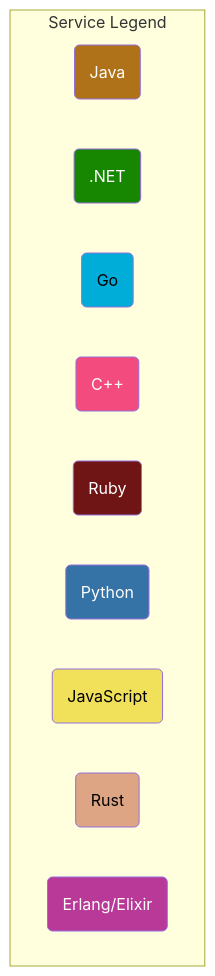
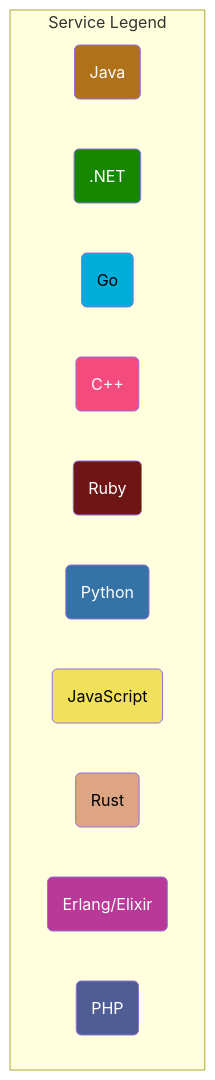
One commit to village-chat/opentelemetry-demo-bench changed the second of 2 diagrams in README.md. Above: the diagram before and after it, drawn with Mermaid. The commit also changed other lines of this file and 54 other files, not shown here.

````diff
--- a/README.md
+++ b/README.md
@@ -91,25 +92,26 @@
 ```mermaid
 graph TD
 subgraph Service Legend
   javasvc(Java):::java
   dotnetsvc(.NET):::dotnet
   golangsvc(Go):::golang
   cppsvc(C++):::cpp
   rubysvc(Ruby):::ruby
   pythonsvc(Python):::python
   javascriptsvc(JavaScript):::javascript
   rustsvc(Rust):::rust
   erlangsvc(Erlang/Elixir):::erlang
+  phpsvc(PHP):::php
 end
 
 classDef java fill:#b07219,color:white;
 classDef dotnet fill:#178600,color:white;
 classDef golang fill:#00add8,color:black;
 classDef cpp fill:#f34b7d,color:white;
 classDef ruby fill:#701516,color:white;
 classDef python fill:#3572A5,color:white;
 classDef javascript fill:#f1e05a,color:black;
 classDef rust fill:#dea584,color:black;
 classDef erlang fill:#b83998,color:white;
 classDef php fill:#4f5d95,color:white;
 ```
````
